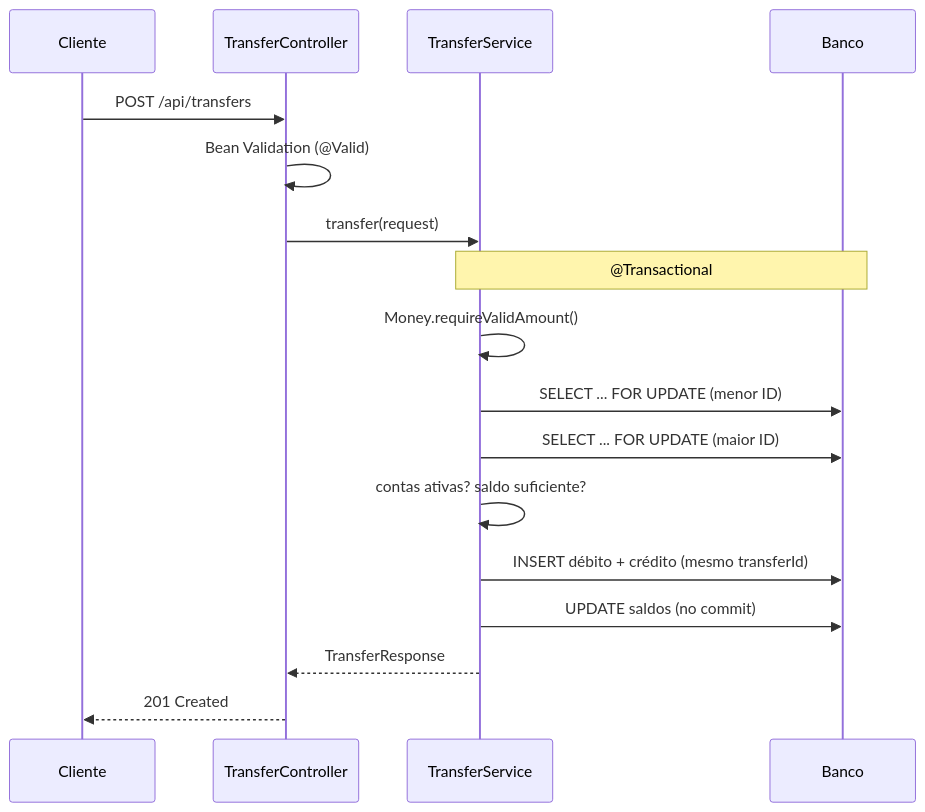
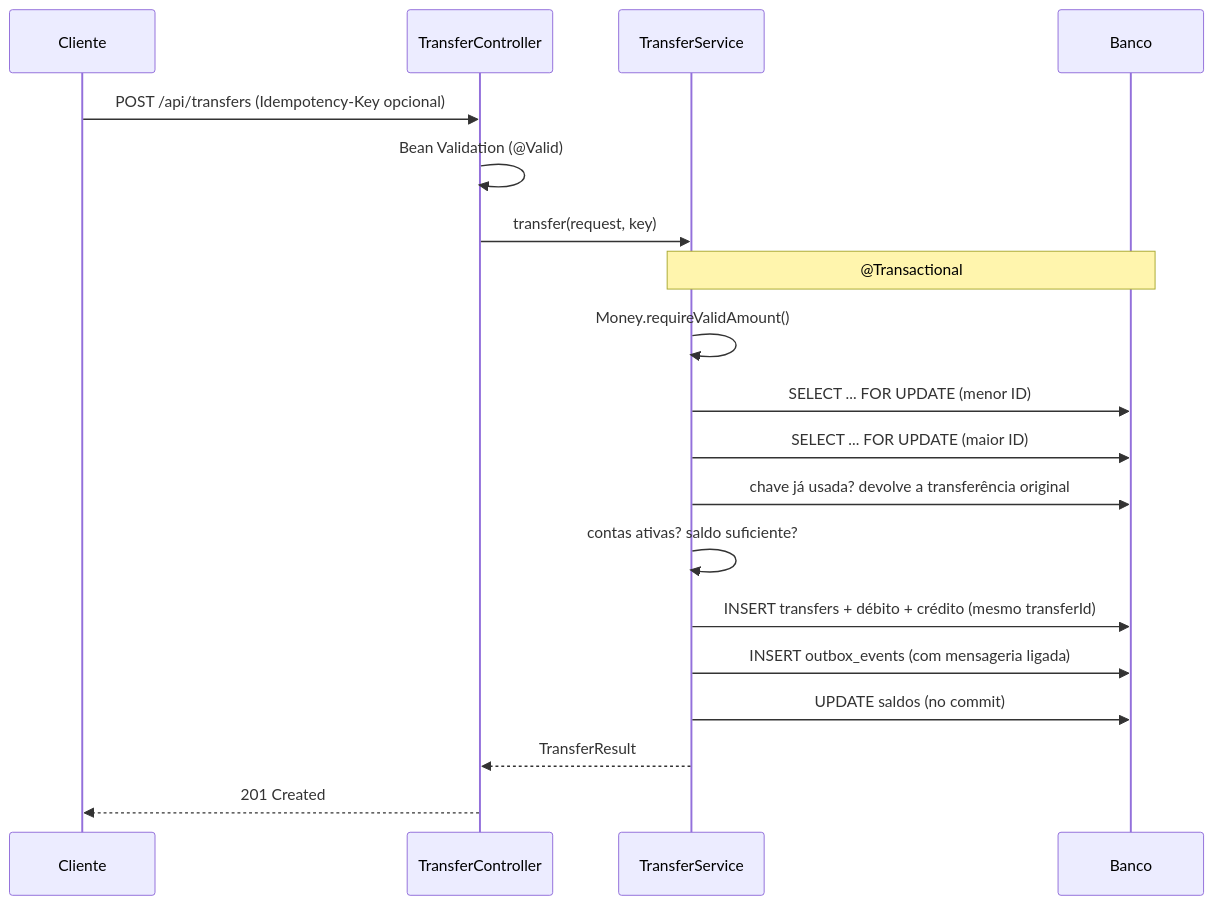
Before and after one commit to opablosilvaa21/bank-backend-practice: the first of 2 diagrams in README.md, drawn with Mermaid. The commit also changed other lines of this file, not shown here.

First line of the commit message:
docs: README com idempotência, eventos, outbox, Kafka e DLT

````diff
--- a/README.md
+++ b/README.md
@@ -78,20 +90,22 @@
 ```mermaid
 sequenceDiagram
     participant C as Cliente
     participant TC as TransferController
     participant TS as TransferService
     participant DB as Banco
 
-    C->>TC: POST /api/transfers
+    C->>TC: POST /api/transfers (Idempotency-Key opcional)
     TC->>TC: Bean Validation (@Valid)
-    TC->>TS: transfer(request)
+    TC->>TS: transfer(request, key)
     Note over TS,DB: @Transactional
     TS->>TS: Money.requireValidAmount()
     TS->>DB: SELECT ... FOR UPDATE (menor ID)
     TS->>DB: SELECT ... FOR UPDATE (maior ID)
+    TS->>DB: chave já usada? devolve a transferência original
     TS->>TS: contas ativas? saldo suficiente?
-    TS->>DB: INSERT débito + crédito (mesmo transferId)
+    TS->>DB: INSERT transfers + débito + crédito (mesmo transferId)
+    TS->>DB: INSERT outbox_events (com mensageria ligada)
     TS->>DB: UPDATE saldos (no commit)
-    TS-->>TC: TransferResponse
+    TS-->>TC: TransferResult
     TC-->>C: 201 Created
 ```
````
